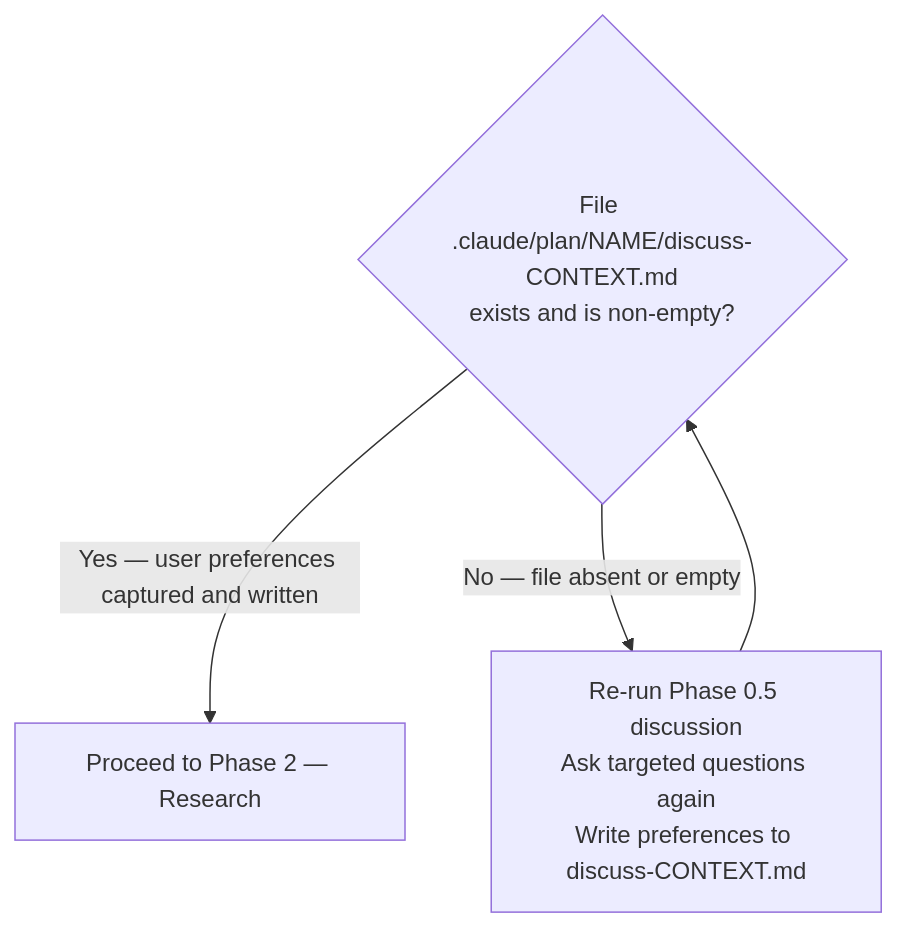
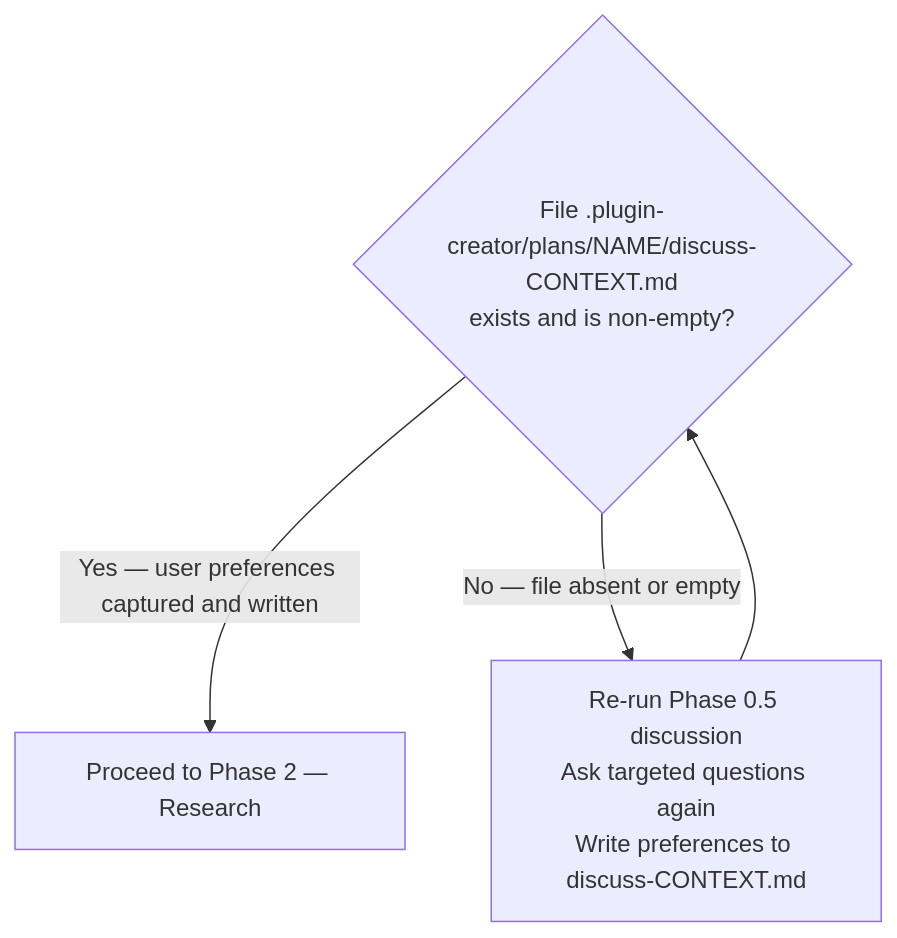
One commit to chgreer1070/claude_skills changed the second of 9 diagrams in plugins/plugin-creator/skills/plugin-lifecycle/SKILL.md. Above: the diagram before and after it, drawn with Mermaid. The commit also changed other lines of this file and 35 other files, not shown here.

First line of the commit message:
refactor(plugins): migrate data output paths from .claude/ to .plugin-creator/ and .tmp/

````diff
--- a/plugins/plugin-creator/skills/plugin-lifecycle/SKILL.md
+++ b/plugins/plugin-creator/skills/plugin-lifecycle/SKILL.md
@@ -255,7 +103,7 @@
 ```mermaid
 flowchart TD
-    Q{"File .claude/plan/NAME/discuss-CONTEXT.md<br>exists and is non-empty?"}
+    Q{"File .plugin-creator/plans/NAME/discuss-CONTEXT.md<br>exists and is non-empty?"}
     Q -->|"Yes — user preferences captured and written"| Next["Proceed to Phase 2 — Research"]
     Q -->|"No — file absent or empty"| Retry["Re-run Phase 0.5 discussion<br>Ask targeted questions again<br>Write preferences to discuss-CONTEXT.md"]
     Retry --> Q
 ```
````
